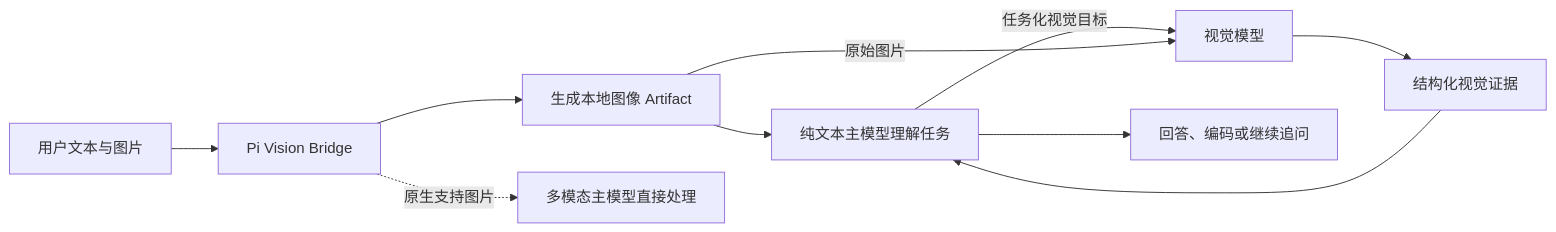
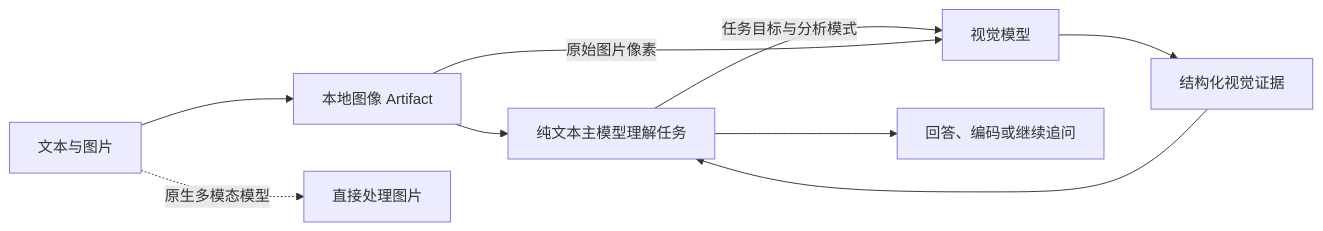
One commit to bestxiangest/pi-vision-bridge changed the diagram in README.md. Above: the diagram before and after it, drawn with Mermaid. The commit also changed other lines of this file and 13 other files, not shown here.

````diff
--- a/README.md
+++ b/README.md
@@ -42,13 +21,12 @@
 ```mermaid
 flowchart LR
-    U[用户文本与图片] --> P[Pi Vision Bridge]
-    P --> A[生成本地图像 Artifact]
+    U[文本与图片] --> A[本地图像 Artifact]
     A --> M[纯文本主模型理解任务]
-    M -->|任务化视觉目标| V[视觉模型]
-    A -->|原始图片| V
+    M -->|任务目标与分析模式| V[视觉模型]
+    A -->|原始图片像素| V
     V --> E[结构化视觉证据]
     E --> M
     M --> R[回答、编码或继续追问]
 
-    P -. 原生支持图片 .-> N[多模态主模型直接处理]
+    U -. 原生多模态模型 .-> N[直接处理图片]
 ```
````
